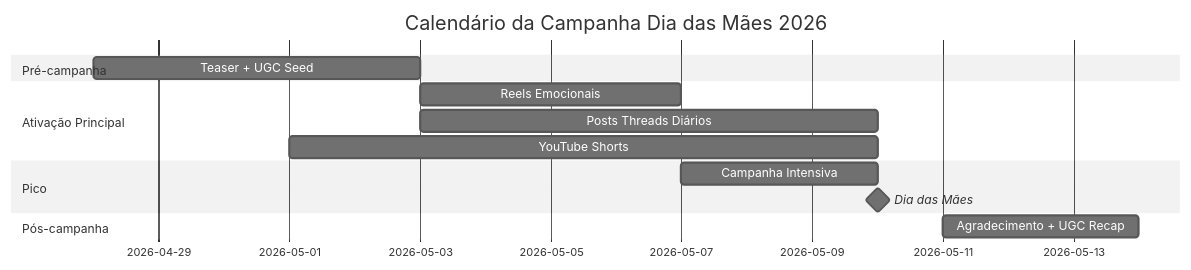
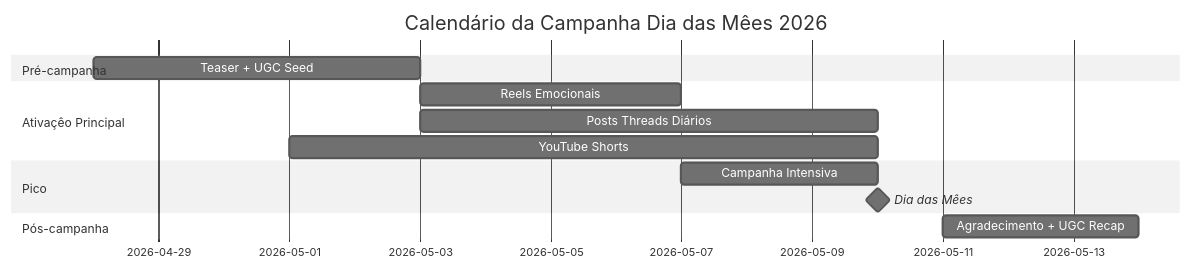
One commit to linnoff88-dev/arckhe-timesmkt2 changed the third of 3 diagrams in prj/coldbrew-coffee-co/outputs/dia_das_maes_2026-05-10/research_brief.md. Above: the diagram before and after it, drawn with Mermaid (neutral theme). The commit also changed other lines of this file and 76 other files, not shown here.

````diff
--- a/prj/coldbrew-coffee-co/outputs/dia_das_maes_2026-05-10/research_brief.md
+++ b/prj/coldbrew-coffee-co/outputs/dia_das_maes_2026-05-10/research_brief.md
@@ -137,16 +137,16 @@
 ```mermaid
 gantt
-    title Calendário da Campanha Dia das Mães 2026
+    title Calendário da Campanha Dia das Mêes 2026
     dateFormat  YYYY-MM-DD
     section Pré-campanha
     Teaser + UGC Seed         :2026-04-28, 5d
-    section Ativação Principal
+    section Ativaçêo Principal
     Reels Emocionais           :2026-05-03, 4d
     Posts Threads Diários      :2026-05-03, 7d
     YouTube Shorts             :2026-05-01, 9d
     section Pico
     Campanha Intensiva         :2026-05-07, 3d
-    Dia das Mães               :milestone, 2026-05-10, 0d
+    Dia das Mêes               :milestone, 2026-05-10, 0d
     section Pós-campanha
     Agradecimento + UGC Recap  :2026-05-11, 3d
 ```
````
